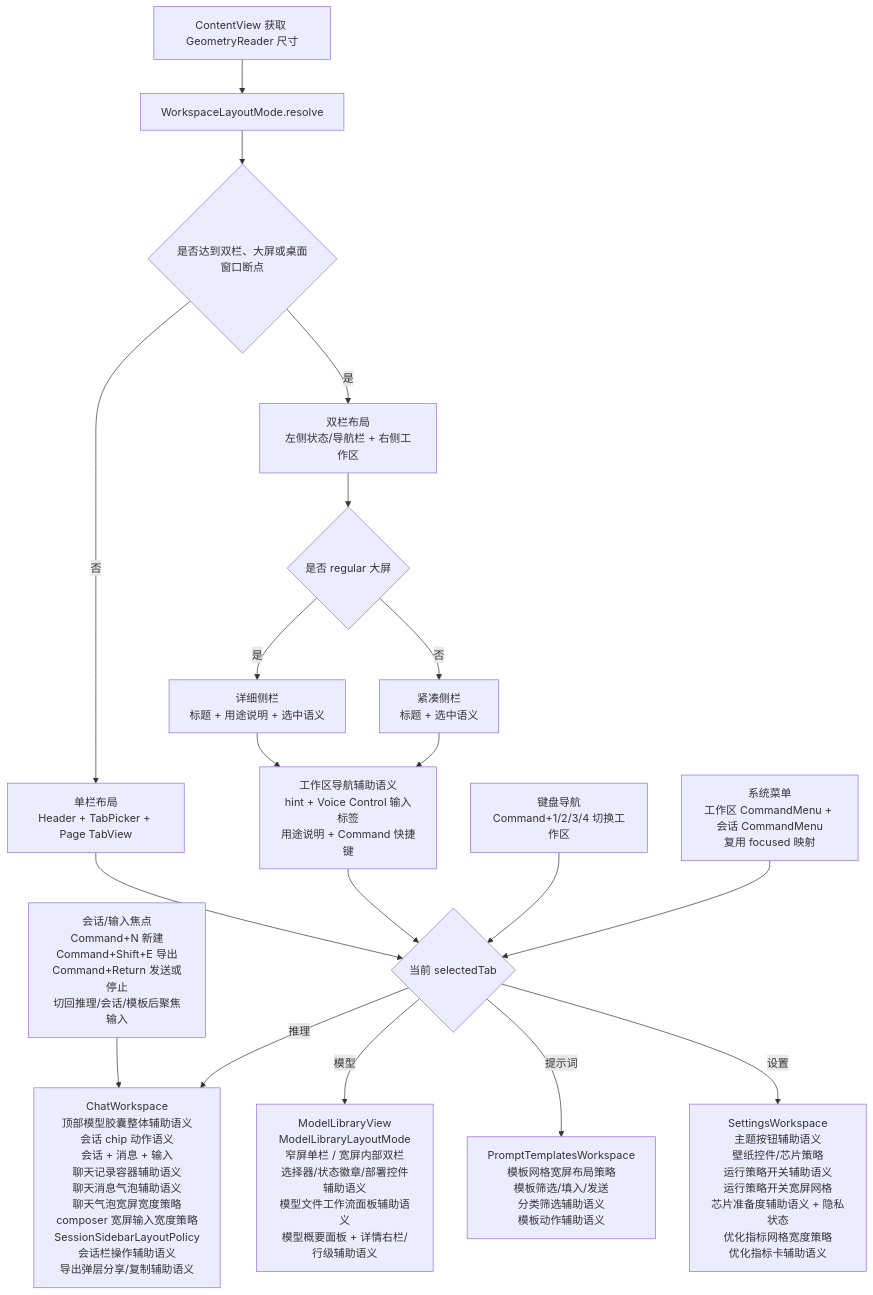
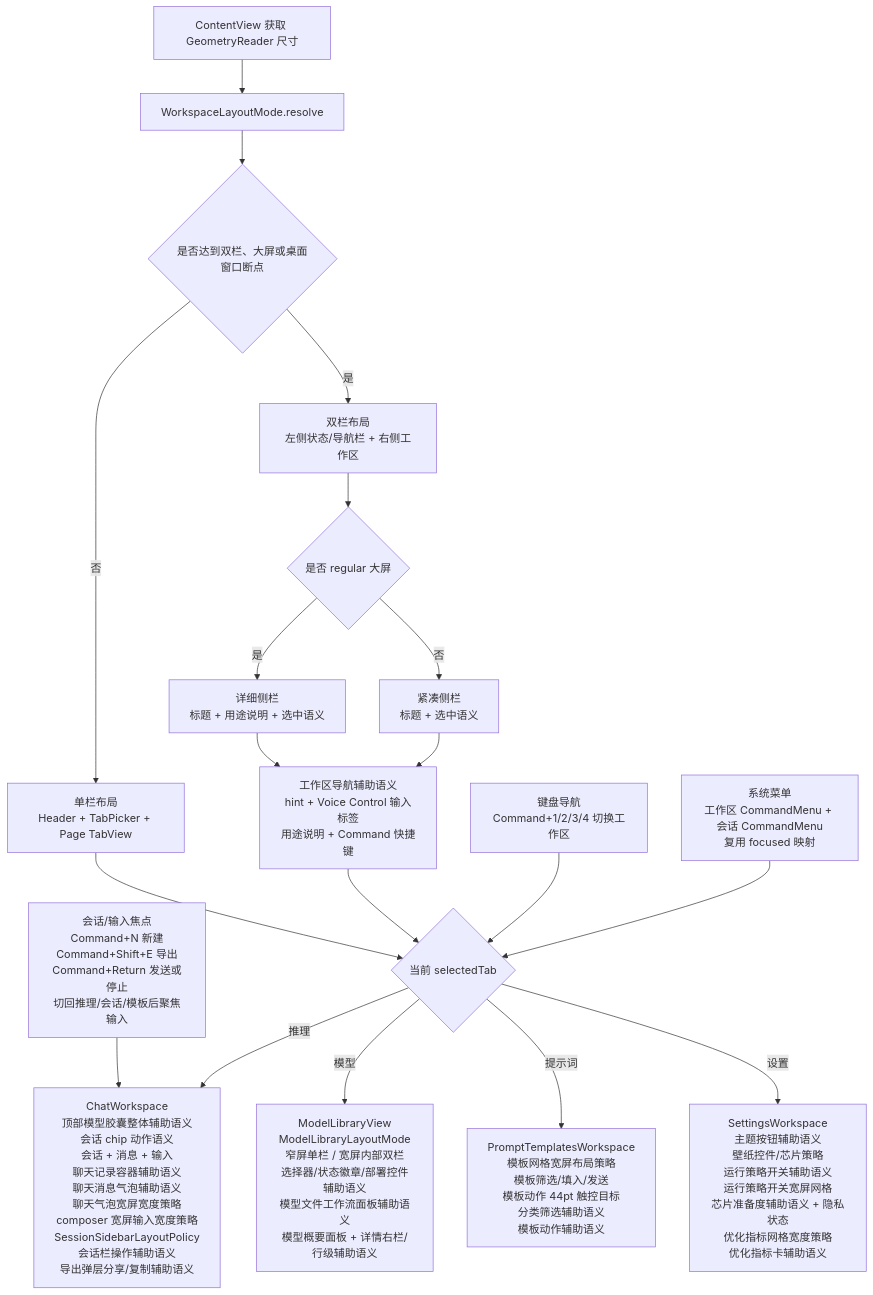
Before and after one commit to Altman-sam114/113: the fourth of 9 diagrams in md/flow/flowchart.md, drawn with Mermaid. The commit also changed other lines of this file and 8 other files, not shown here.

````diff
--- a/md/flow/flowchart.md
+++ b/md/flow/flowchart.md
@@ -68,21 +68,21 @@
 ```mermaid
 flowchart TD
     A[ContentView 获取 GeometryReader 尺寸] --> B[WorkspaceLayoutMode.resolve]
     B --> C{是否达到双栏、大屏或桌面窗口断点}
     C -- 否 --> D[单栏布局<br/>Header + TabPicker + Page TabView]
     C -- 是 --> E[双栏布局<br/>左侧状态/导航栏 + 右侧工作区]
     E --> N{是否 regular 大屏}
     N -- 是 --> O[详细侧栏<br/>标题 + 用途说明 + 选中语义]
     N -- 否 --> P[紧凑侧栏<br/>标题 + 选中语义]
     D --> F{当前 selectedTab}
     O --> X[工作区导航辅助语义<br/>hint + Voice Control 输入标签<br/>用途说明 + Command 快捷键]
     P --> X
     X --> F
     K[键盘导航<br/>Command+1/2/3/4 切换工作区] --> F
     M[系统菜单<br/>工作区 CommandMenu + 会话 CommandMenu<br/>复用 focused 映射] --> F
     L[会话/输入焦点<br/>Command+N 新建<br/>Command+Shift+E 导出<br/>Command+Return 发送或停止<br/>切回推理/会话/模板后聚焦输入] --> G
     F -- 推理 --> G[ChatWorkspace<br/>顶部模型胶囊整体辅助语义<br/>会话 chip 动作语义<br/>会话 + 消息 + 输入<br/>聊天记录容器辅助语义<br/>聊天消息气泡辅助语义<br/>聊天气泡宽屏宽度策略<br/>composer 宽屏输入宽度策略<br/>SessionSidebarLayoutPolicy<br/>会话栏操作辅助语义<br/>导出弹层分享/复制辅助语义]
     F -- 模型 --> H[ModelLibraryView<br/>ModelLibraryLayoutMode<br/>窄屏单栏 / 宽屏内部双栏<br/>选择器/状态徽章/部署控件辅助语义<br/>模型文件工作流面板辅助语义<br/>模型概要面板 + 详情右栏/行级辅助语义]
-    F -- 提示词 --> I[PromptTemplatesWorkspace<br/>模板网格宽屏布局策略<br/>模板筛选/填入/发送<br/>分类筛选辅助语义<br/>模板动作辅助语义]
+    F -- 提示词 --> I[PromptTemplatesWorkspace<br/>模板网格宽屏布局策略<br/>模板筛选/填入/发送<br/>模板动作 44pt 触控目标<br/>分类筛选辅助语义<br/>模板动作辅助语义]
     F -- 设置 --> J[SettingsWorkspace<br/>主题按钮辅助语义<br/>壁纸控件/芯片策略<br/>运行策略开关辅助语义<br/>运行策略开关宽屏网格<br/>芯片准备度辅助语义 + 隐私状态<br/>优化指标网格宽度策略<br/>优化指标卡辅助语义]
 ```
````
